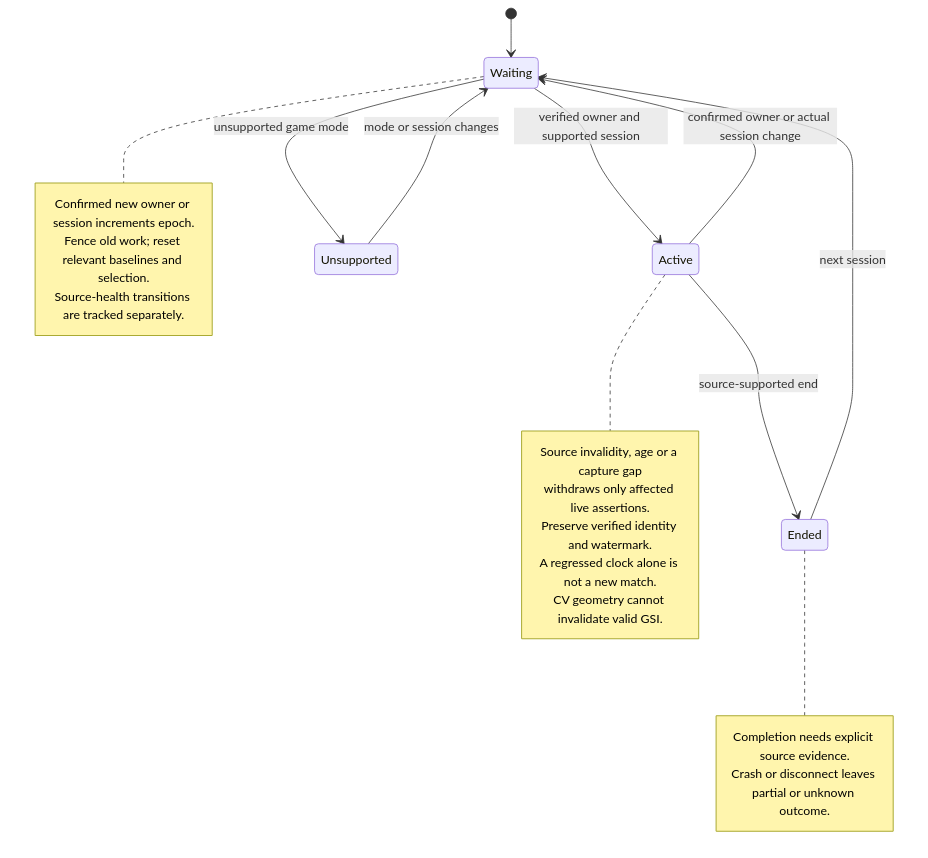
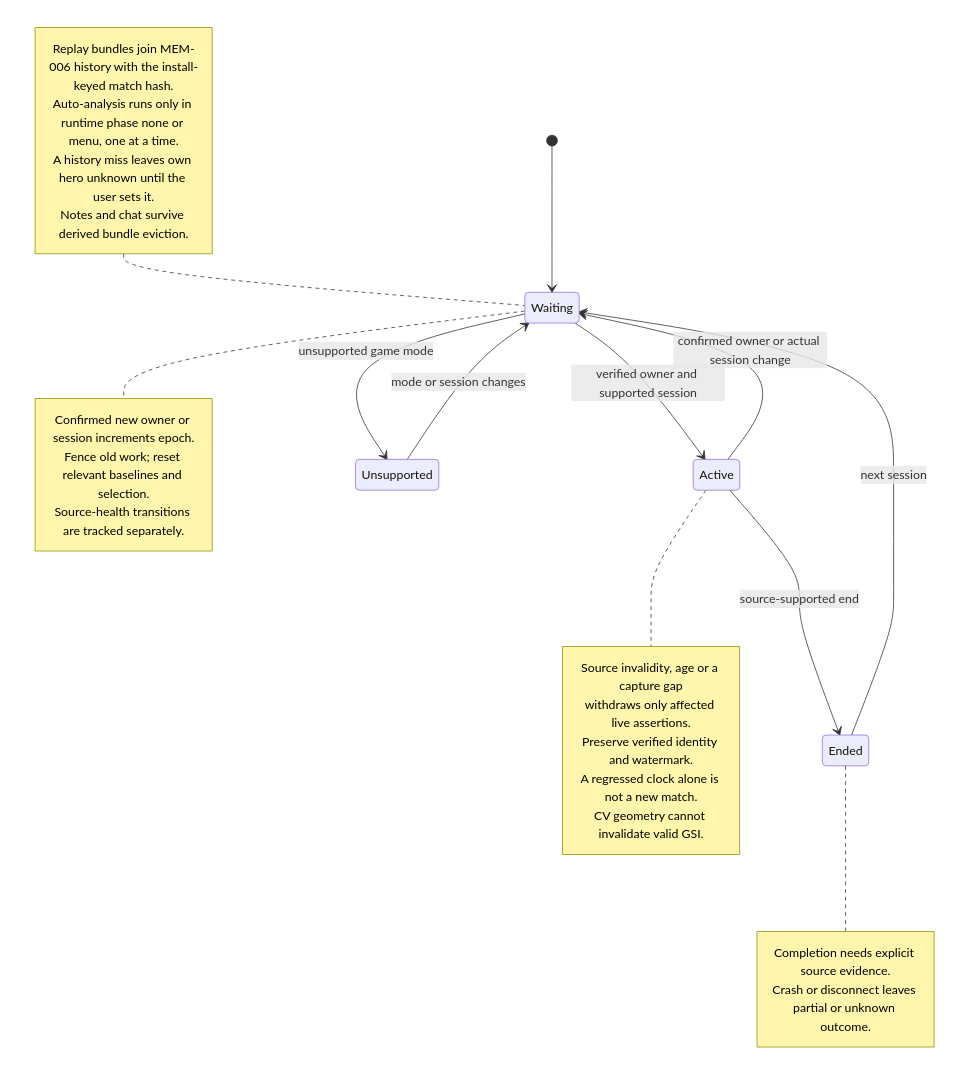
One commit to Freshair129/kohbor changed the diagram in docs/diagrams/source/DGM-013-match-lifecycle.mmd. Above: the diagram before and after it, drawn with Mermaid. The commit also changed 58 other files, not shown here.

First line of the commit message:
feat(analytics): three-column Analytics page with Claude chat on the user's key

```diff
--- a/docs/diagrams/source/DGM-013-match-lifecycle.mmd
+++ b/docs/diagrams/source/DGM-013-match-lifecycle.mmd
@@ -1,26 +1,32 @@
 stateDiagram-v2
   direction TB
   [*] --> Waiting
   Waiting --> Active : verified owner and supported session
   Waiting --> Unsupported : unsupported game mode
   Unsupported --> Waiting : mode or session changes
   Active --> Ended : source-supported end
   Active --> Waiting : confirmed owner or actual session change
   Ended --> Waiting : next session
 
   note right of Active
     Source invalidity, age or a capture gap
     withdraws only affected live assertions.
     Preserve verified identity and watermark.
     A regressed clock alone is not a new match.
     CV geometry cannot invalidate valid GSI.
   end note
   note right of Waiting
     Confirmed new owner or session increments epoch.
     Fence old work; reset relevant baselines and selection.
     Source-health transitions are tracked separately.
   end note
   note right of Ended
     Completion needs explicit source evidence.
     Crash or disconnect leaves partial or unknown outcome.
   end note
+  note left of Waiting
+    Replay bundles join MEM-006 history with the install-keyed match hash.
+    Auto-analysis runs only in runtime phase none or menu, one at a time.
+    A history miss leaves own hero unknown until the user sets it.
+    Notes and chat survive derived bundle eviction.
+  end note
```
